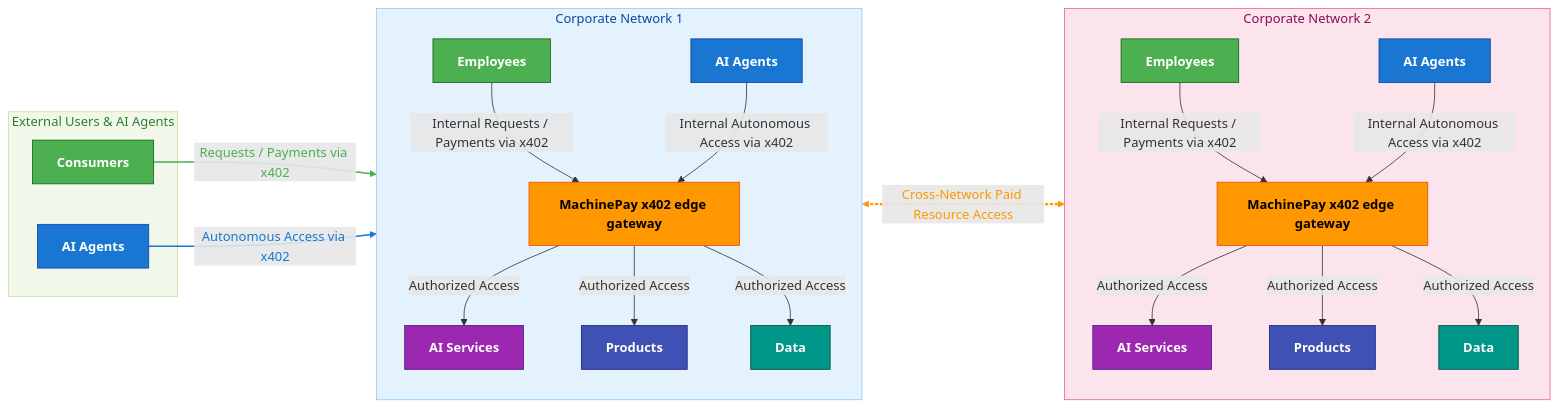
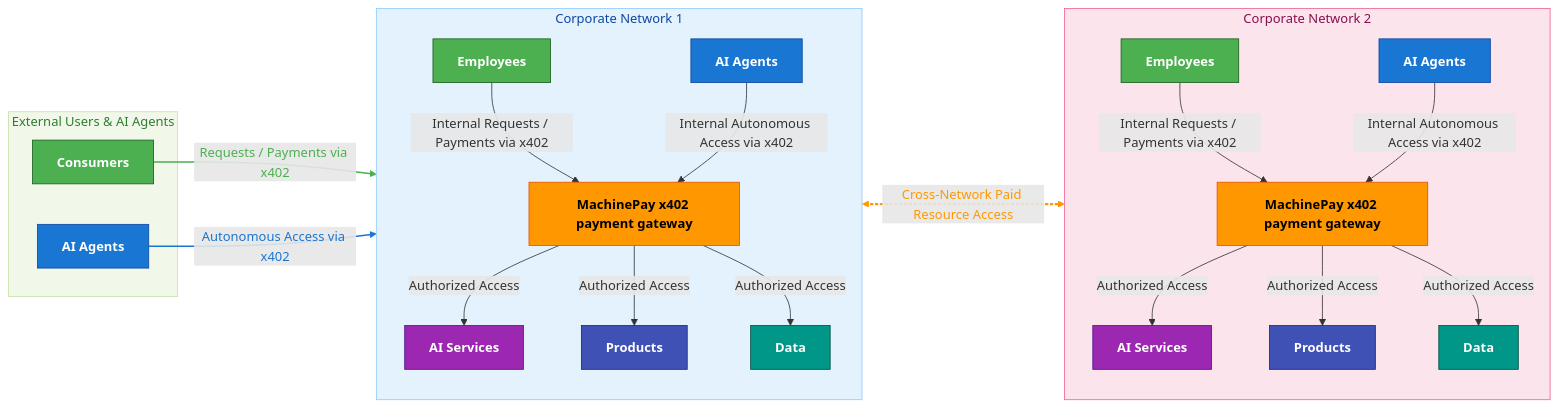
Before and after one commit to skalenetwork/machinepal: the diagram in README.md, drawn with Mermaid.

Commit message:
Refine README network diagrams to clarify payment gateway terminology

```diff
--- a/README.md
+++ b/README.md
@@ -64,7 +64,7 @@
     %% Corporate Network 1
     subgraph Corporate_Network["Corporate Network 1"]
         direction TB
-        MP["MachinePay x402 edge gateway"]
+        MP["MachinePay x402 payment gateway"]
         AI1["AI Services"]
         AI2["Products"]
         AI3["Data"]
@@ -75,7 +75,7 @@
     %% Corporate Network 2
     subgraph Corporate_Network_2["Corporate Network 2"]
         direction TB
-        MP2["MachinePay x402 edge gateway"]
+        MP2["MachinePay x402 payment gateway"]
         AI1B["AI Services"]
         AI2B["Products"]
         AI3B["Data"]
```
